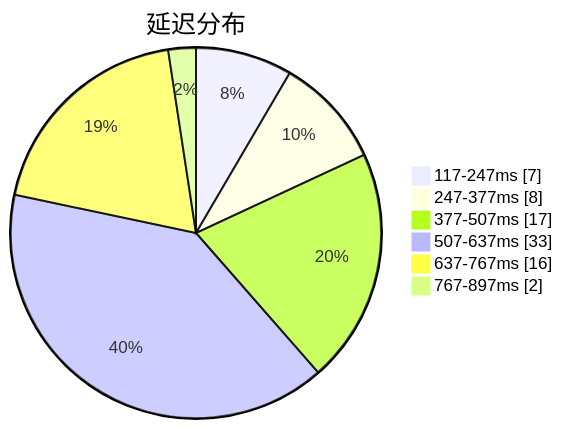
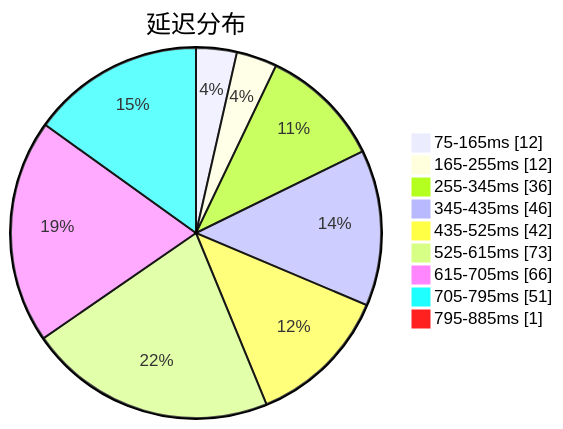
The first of 3 diagrams in subs/statistics/tested_within.md (sinspired/airport), drawn with Mermaid before and after one commit. The commit also changed other lines of this file and 2 other files, not shown here.

````diff
--- a/subs/statistics/tested_within.md
+++ b/subs/statistics/tested_within.md
@@ -2,10 +2,13 @@
 ```mermaid
 pie showData
 title 延迟分布
-"117-247ms" : 7
-"247-377ms" : 8
-"377-507ms" : 17
-"507-637ms" : 33
-"637-767ms" : 16
-"767-897ms" : 2
+"75-165ms" : 12
+"165-255ms" : 12
+"255-345ms" : 36
+"345-435ms" : 46
+"435-525ms" : 42
+"525-615ms" : 73
+"615-705ms" : 66
+"705-795ms" : 51
+"795-885ms" : 1
 ```
````
